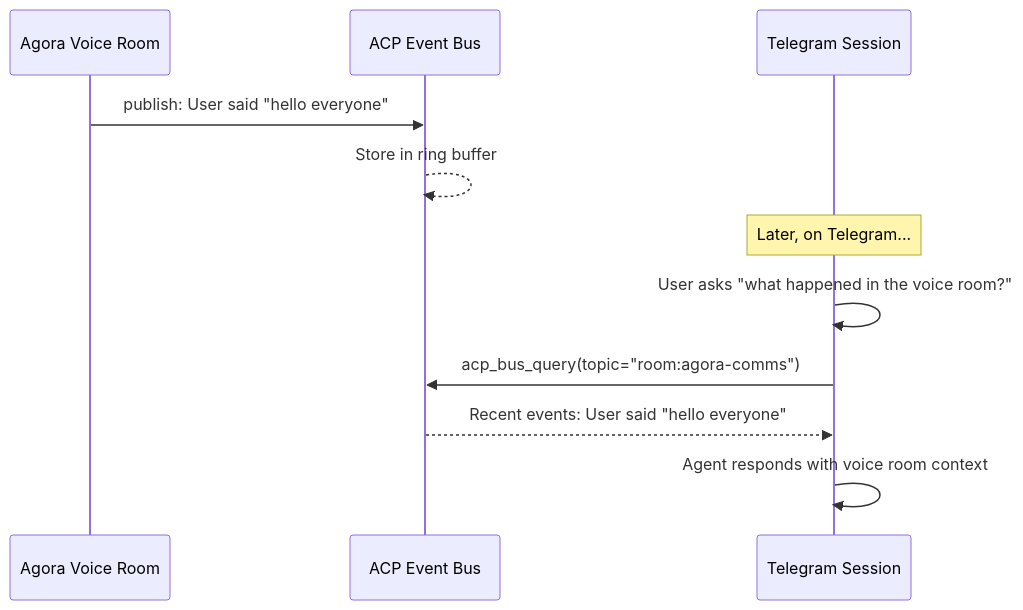
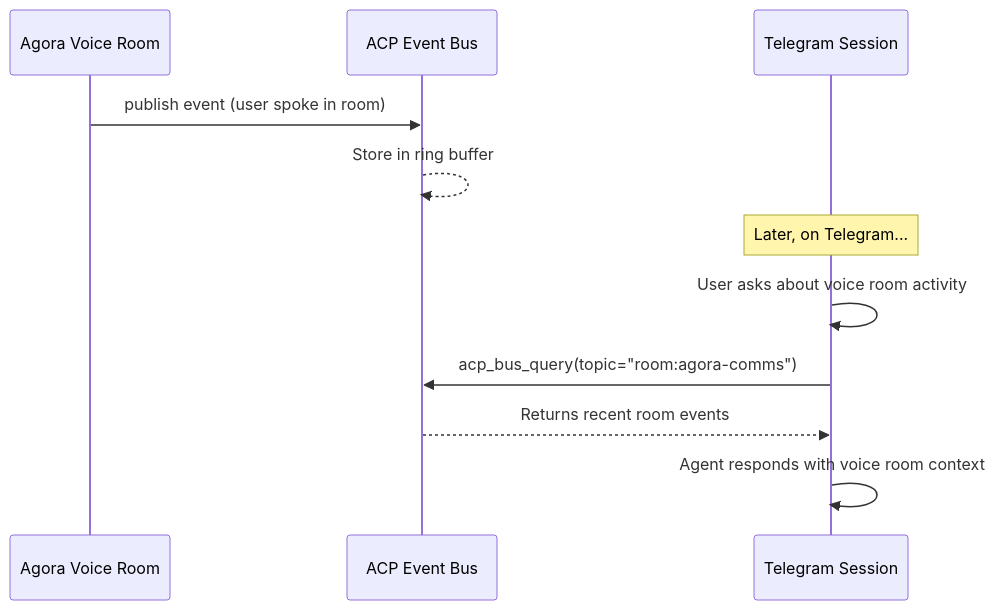
One commit to 0xyg3n/Agora changed the third of 6 diagrams in README.md. Above: the diagram before and after it, drawn with Mermaid. The commit also changed other lines of this file and 1 other file, not shown here.

````diff
--- a/README.md
+++ b/README.md
@@ -127,15 +166,15 @@
 ```mermaid
 sequenceDiagram
     participant VR as Agora Voice Room
     participant Bus as ACP Event Bus
     participant TG as Telegram Session
 
-    VR->>Bus: publish: User said "hello everyone"
+    VR->>Bus: publish event (user spoke in room)
     Bus-->>Bus: Store in ring buffer
 
     Note over TG: Later, on Telegram...
-    TG->>TG: User asks "what happened in the voice room?"
+    TG->>TG: User asks about voice room activity
     TG->>Bus: acp_bus_query(topic="room:agora-comms")
-    Bus-->>TG: Recent events: User said "hello everyone"
+    Bus-->>TG: Returns recent room events
     TG->>TG: Agent responds with voice room context
 ```
````
